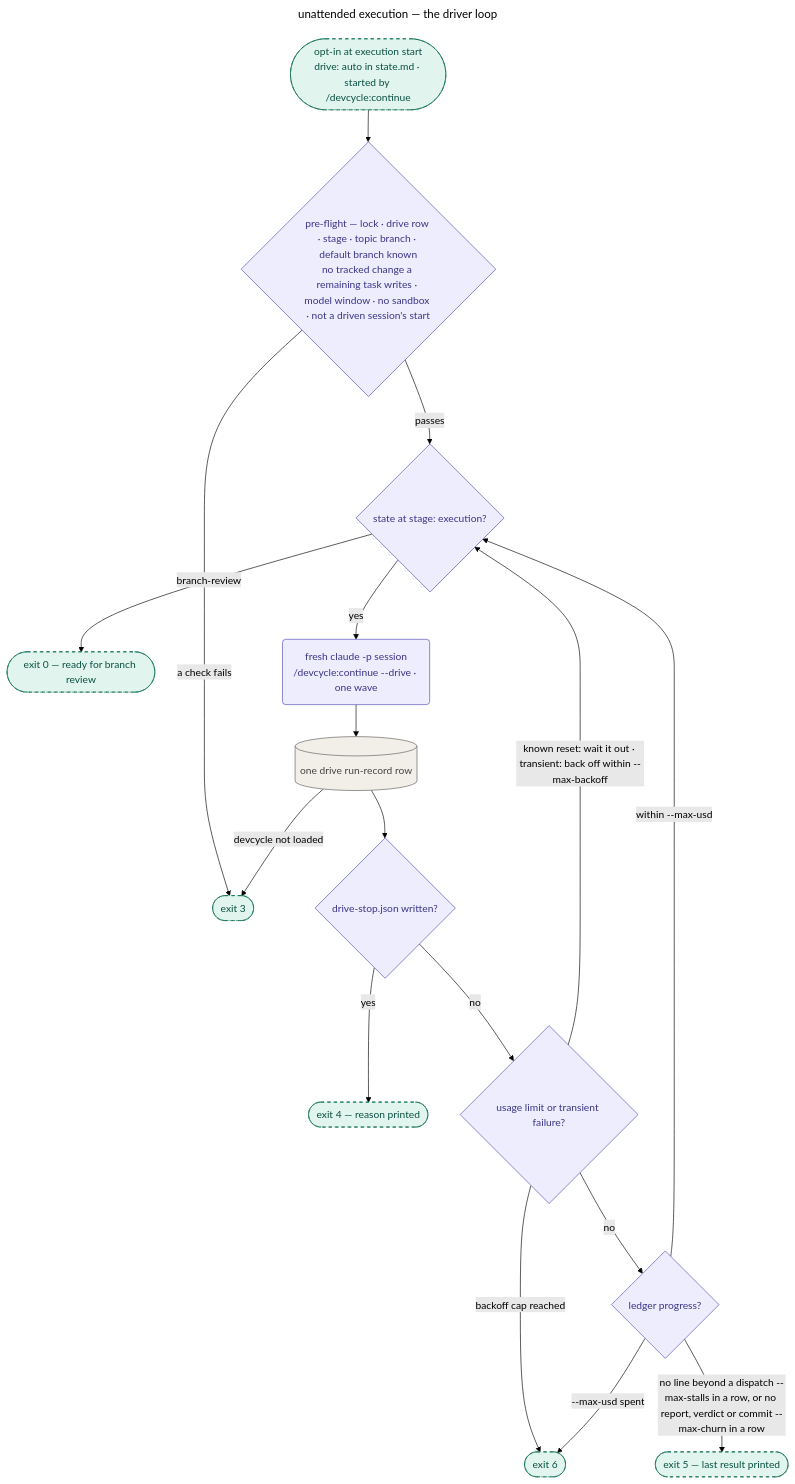
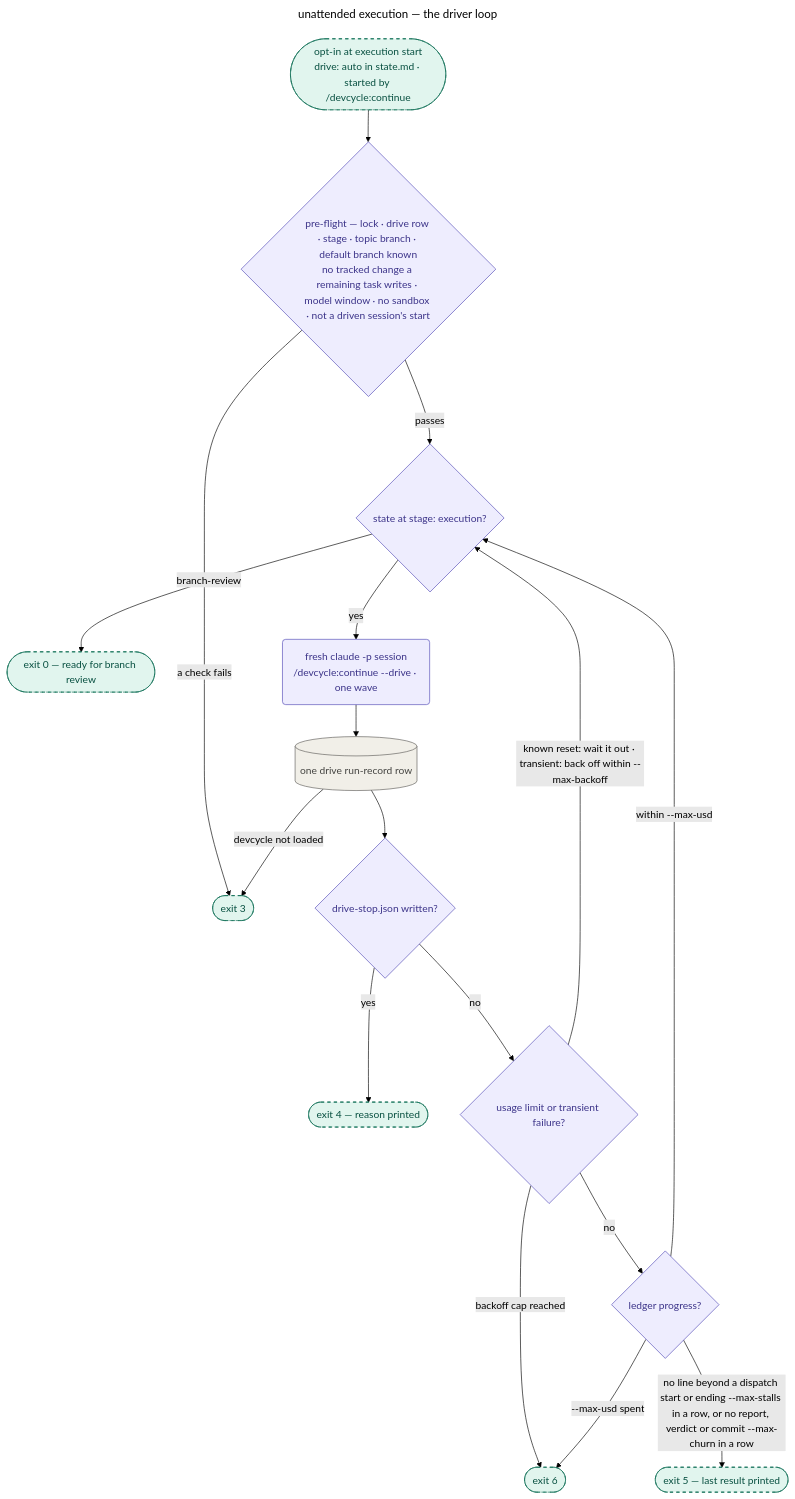
One commit to KonstantinRoehrl/devcycle changed the second of 2 diagrams in docs/pipeline/README.md. Above: the diagram before and after it, drawn with Mermaid (forest theme). The commit also changed 49 other files, not shown here.

````diff
--- a/docs/pipeline/README.md
+++ b/docs/pipeline/README.md
@@ -232,28 +232,28 @@
 ```mermaid
 ---
 title: unattended execution — the driver loop
 accDescr: Flowchart of the execution driver. After the user opts in at execution start and /devcycle:continue starts it, a fail-closed pre-flight runs; then, while the state is at execution, the driver starts one fresh claude -p session per wave, records it, waits out a usage limit until its reset and backs off from a transient failure, and ends on a stop the session signalled, transient failures past their cap, too many sessions in a row without ledger progress, or the dollar cap, succeeding only when the state reaches branch review.
 ---
 flowchart TD
     OPT(["opt-in at execution start<br/>drive: auto in state.md · started by /devcycle:continue"]):::tool
     OPT --> PRE{"pre-flight — lock · drive row · stage · topic branch · default branch known<br/>no tracked change a remaining task writes · model window · no sandbox · not a driven session's start"}:::stage
     PRE -->|"a check fails"| E3(["exit 3"]):::tool
     PRE -->|passes| STAGE{"state at stage: execution?"}:::stage
     STAGE -->|"branch-review"| E0(["exit 0 — ready for branch review"]):::tool
     STAGE -->|yes| SESSION("fresh claude -p session<br/>/devcycle:continue --drive · one wave"):::stage
     SESSION --> REC[("one drive run-record row")]:::structural
     REC -->|"devcycle not loaded"| E3
     REC --> STOPQ{"drive-stop.json written?"}:::stage
     STOPQ -->|yes| E4(["exit 4 — reason printed"]):::tool
     STOPQ -->|no| LIMIT{"usage limit or transient failure?"}:::stage
     LIMIT -->|"known reset: wait it out · transient: back off within --max-backoff"| STAGE
     LIMIT -->|"backoff cap reached"| E6(["exit 6"]):::tool
     LIMIT -->|no| PROG{"ledger progress?"}:::stage
-    PROG -->|"no line beyond a dispatch --max-stalls in a row, or no report, verdict or commit --max-churn in a row"| E5(["exit 5 — last result printed"]):::tool
+    PROG -->|"no line beyond a dispatch start or ending --max-stalls in a row, or no report, verdict or commit --max-churn in a row"| E5(["exit 5 — last result printed"]):::tool
     PROG -->|"within --max-usd"| STAGE
     PROG -->|"--max-usd spent"| E6
 
     classDef stage fill:#EEEDFE,stroke:#534AB7,color:#3C3489;
     classDef tool fill:#E1F5EE,stroke:#0F6E56,color:#085041,stroke-dasharray:5 5;
     classDef structural fill:#F1EFE8,stroke:#5F5E5A,color:#444441;
 ```
````
